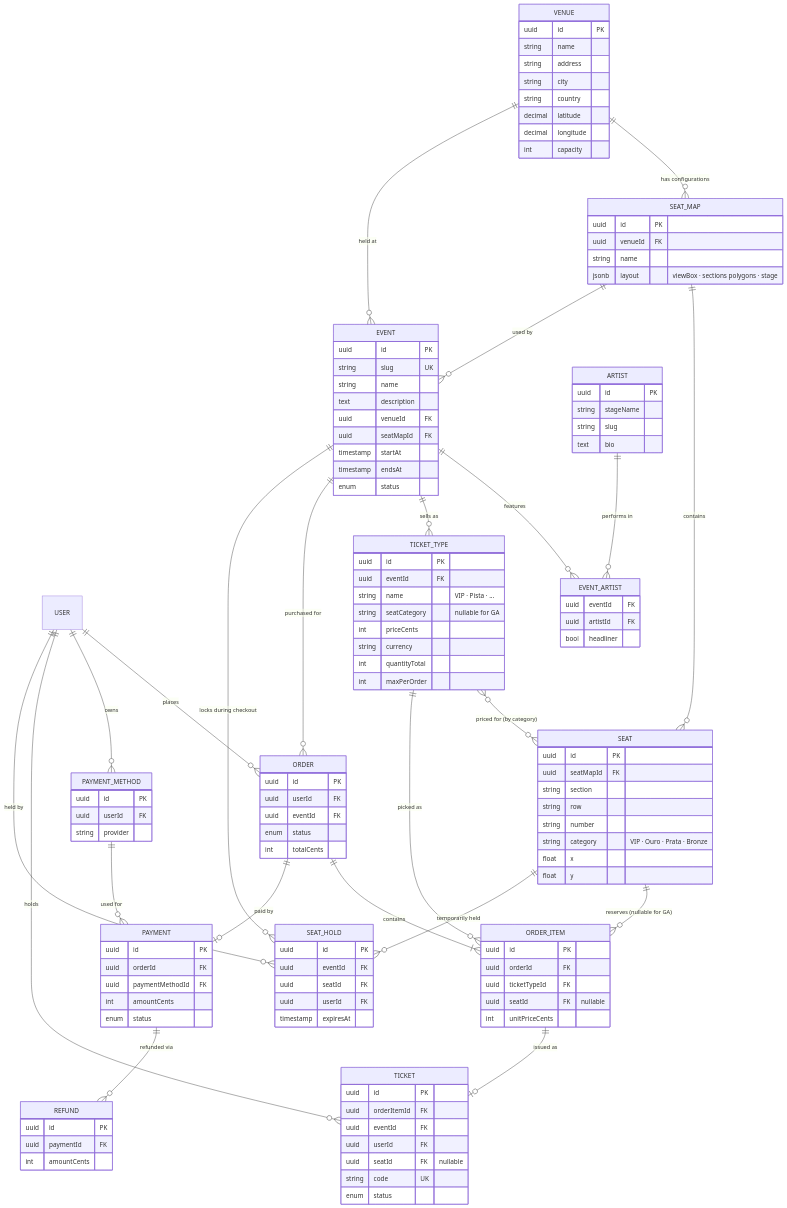
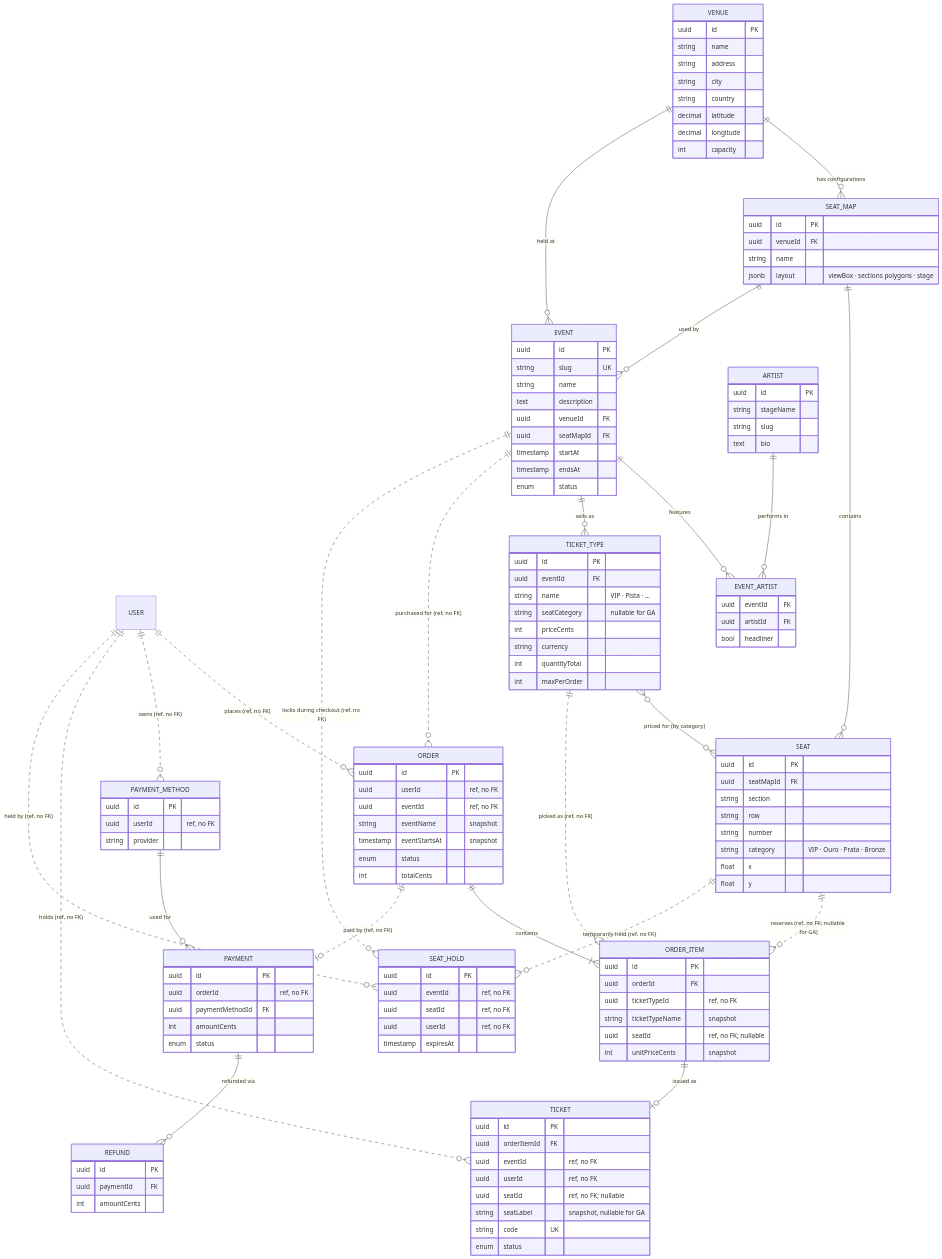
One commit to emanoelvso/seat-sure changed the second of 2 diagrams in docs/architecture/bounded-contexts.md. Above: the diagram before and after it, drawn with Mermaid. The commit also changed other lines of this file, not shown here.

````diff
--- a/docs/architecture/bounded-contexts.md
+++ b/docs/architecture/bounded-contexts.md
@@ -266,8 +346,8 @@
 ```mermaid
 erDiagram
-    USER ||--o{ ORDER : places
-    USER ||--o{ PAYMENT_METHOD : owns
-    USER ||--o{ TICKET : holds
+    USER ||..o{ ORDER : "places (ref, no FK)"
+    USER ||..o{ PAYMENT_METHOD : "owns (ref, no FK)"
+    USER ||..o{ TICKET : "holds (ref, no FK)"
 
     VENUE ||--o{ SEAT_MAP : "has configurations"
     SEAT_MAP ||--o{ SEAT : contains
@@ -280,18 +360,18 @@
     EVENT ||--o{ TICKET_TYPE : "sells as"
     TICKET_TYPE }o--o{ SEAT : "priced for (by category)"
 
-    EVENT ||--o{ ORDER : "purchased for"
+    EVENT ||..o{ ORDER : "purchased for (ref, no FK)"
     ORDER ||--|{ ORDER_ITEM : contains
-    TICKET_TYPE ||--o{ ORDER_ITEM : "picked as"
-    SEAT ||--o{ ORDER_ITEM : "reserves (nullable for GA)"
+    TICKET_TYPE ||..o{ ORDER_ITEM : "picked as (ref, no FK)"
+    SEAT ||..o{ ORDER_ITEM : "reserves (ref, no FK; nullable for GA)"
 
-    EVENT ||--o{ SEAT_HOLD : "locks during checkout"
-    SEAT ||--o{ SEAT_HOLD : "temporarily held"
-    USER ||--o{ SEAT_HOLD : "held by"
+    EVENT ||..o{ SEAT_HOLD : "locks during checkout (ref, no FK)"
+    SEAT ||..o{ SEAT_HOLD : "temporarily held (ref, no FK)"
+    USER ||..o{ SEAT_HOLD : "held by (ref, no FK)"
 
     ORDER_ITEM ||--o| TICKET : "issued as"
     PAYMENT_METHOD ||--o{ PAYMENT : "used for"
-    ORDER ||--o| PAYMENT : "paid by"
+    ORDER ||..o| PAYMENT : "paid by (ref, no FK)"
     PAYMENT ||--o{ REFUND : "refunded via"
 
     VENUE {
@@ -354,42 +434,46 @@
     }
     ORDER {
         uuid id PK
-        uuid userId FK
-        uuid eventId FK
+        uuid userId "ref, no FK"
+        uuid eventId "ref, no FK"
+        string eventName "snapshot"
+        timestamp eventStartsAt "snapshot"
         enum status
         int totalCents
     }
     ORDER_ITEM {
         uuid id PK
         uuid orderId FK
-        uuid ticketTypeId FK
-        uuid seatId FK "nullable"
-        int unitPriceCents
+        uuid ticketTypeId "ref, no FK"
+        string ticketTypeName "snapshot"
+        uuid seatId "ref, no FK; nullable"
+        int unitPriceCents "snapshot"
     }
     SEAT_HOLD {
         uuid id PK
-        uuid eventId FK
-        uuid seatId FK
-        uuid userId FK
+        uuid eventId "ref, no FK"
+        uuid seatId "ref, no FK"
+        uuid userId "ref, no FK"
         timestamp expiresAt
     }
     TICKET {
         uuid id PK
         uuid orderItemId FK
-        uuid eventId FK
-        uuid userId FK
-        uuid seatId FK "nullable"
+        uuid eventId "ref, no FK"
+        uuid userId "ref, no FK"
+        uuid seatId "ref, no FK; nullable"
+        string seatLabel "snapshot, nullable for GA"
         string code UK
         enum status
     }
     PAYMENT_METHOD {
         uuid id PK
-        uuid userId FK
+        uuid userId "ref, no FK"
         string provider
     }
     PAYMENT {
         uuid id PK
-        uuid orderId FK
+        uuid orderId "ref, no FK"
         uuid paymentMethodId FK
         int amountCents
         enum status
````
